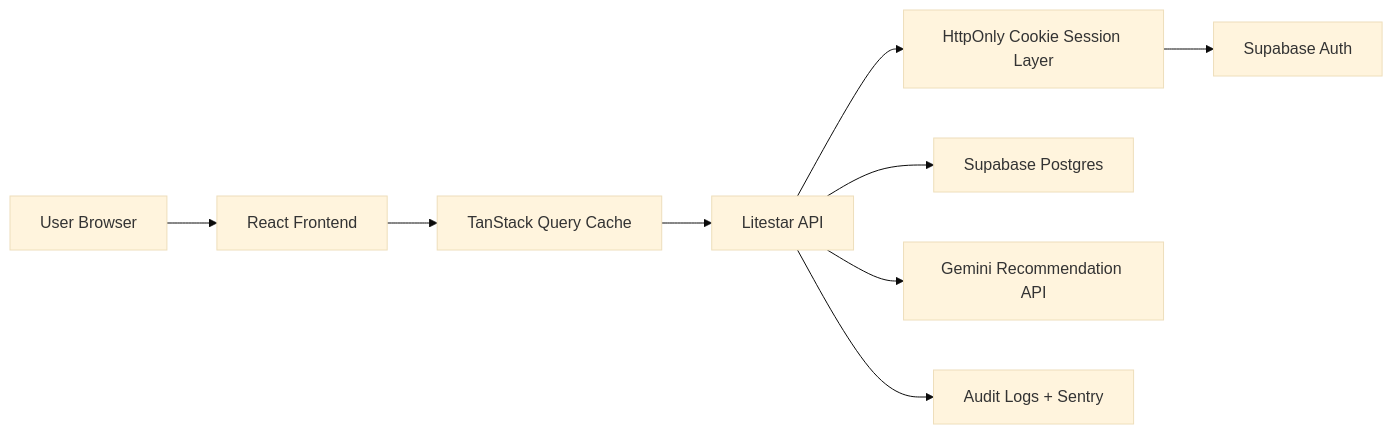
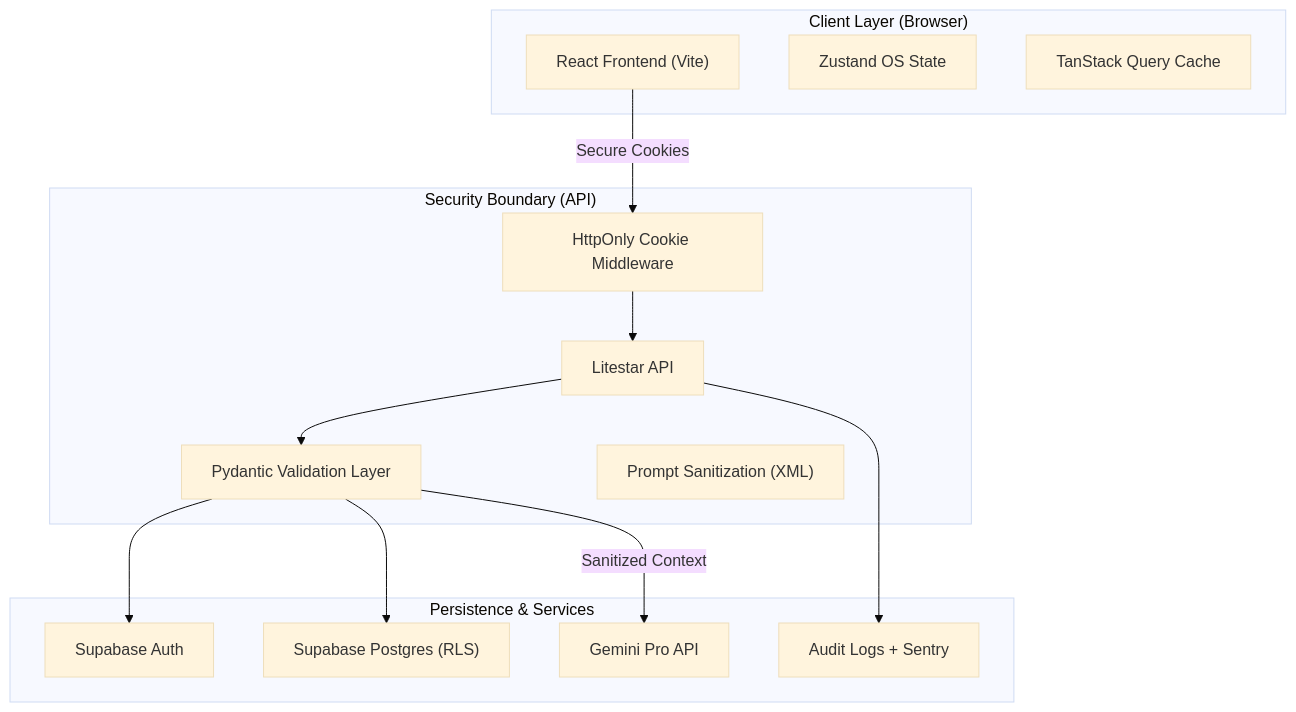
The diagram in docs/architecture.md (Raoof128/Nexus-OS), drawn with Mermaid (base theme) before and after one commit. The commit also changed other lines of this file and 45 other files, not shown here.

````diff
--- a/docs/architecture.md
+++ b/docs/architecture.md
@@ -7,11 +7,30 @@
 ```mermaid
-flowchart LR
-  U["User Browser"] --> F["React Frontend"]
-  F --> Q["TanStack Query Cache"]
-  Q --> A["Litestar API"]
-  A --> C["HttpOnly Cookie Session Layer"]
-  C --> S["Supabase Auth"]
-  A --> D["Supabase Postgres"]
-  A --> G["Gemini Recommendation API"]
-  A --> O["Audit Logs + Sentry"]
+flowchart TD
+  subgraph "Client Layer (Browser)"
+    F["React Frontend (Vite)"]
+    S["Zustand OS State"]
+    Q["TanStack Query Cache"]
+  end
+
+  subgraph "Security Boundary (API)"
+    A["Litestar API"]
+    C["HttpOnly Cookie Middleware"]
+    V["Pydantic Validation Layer"]
+    P["Prompt Sanitization (XML)"]
+  end
+
+  subgraph "Persistence & Services"
+    Auth["Supabase Auth"]
+    DB["Supabase Postgres (RLS)"]
+    AI["Gemini Pro API"]
+    Audit["Audit Logs + Sentry"]
+  end
+
+  F -->|Secure Cookies| C
+  C --> A
+  A --> V
+  V --> Auth
+  V --> DB
+  V -->|Sanitized Context| AI
+  A --> Audit
 ```
````
